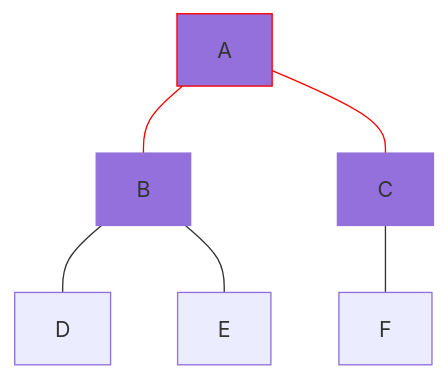
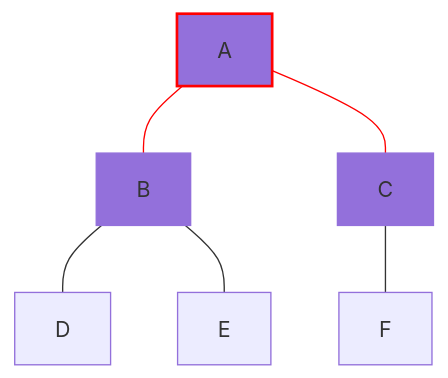
The third of 15 diagrams in _posts/2024-06-02-BFS.md (leessang01/leessang01.github.io), drawn with Mermaid before and after one commit. The commit also changed other lines of this file, not shown here.

````diff
--- a/_posts/2024-06-02-BFS.md
+++ b/_posts/2024-06-02-BFS.md
@@ -126,12 +128,12 @@
 ```mermaid
 graph TD
  A---B;
  A---C;
  B---D;
  B---E;
  C---F;
  linkStyle 0,1 stroke:red
- style A fill:#9370DB, stroke:red
+ style A fill:#9370DB, stroke:red, stroke-width:2px
  style B fill:#9370DB
  style C fill:#9370DB
 ```
````
